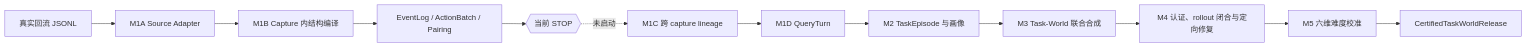
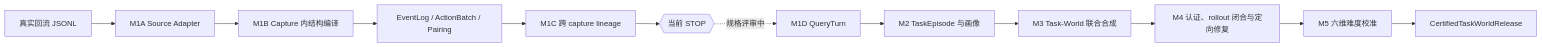
The diagram in docs/session-handoff.md (botwu/Reconstruction), drawn with Mermaid before and after one commit. The commit also changed other lines of this file and 3 other files, not shown here.

````diff
--- a/docs/session-handoff.md
+++ b/docs/session-handoff.md
@@ -35,14 +37,14 @@
 ```mermaid
 flowchart LR
     A[真实回流 JSONL] --> B[M1A Source Adapter]
     B --> C[M1B Capture 内结构编译]
     C --> C1[EventLog / ActionBatch / Pairing]
-    C1 --> S{{当前 STOP}}
-    S -. 未启动 .-> D[M1C 跨 capture lineage]
-    D --> E[M1D QueryTurn]
+    C1 --> D[M1C 跨 capture lineage]
+    D --> S{{当前 STOP}}
+    S -. 规格评审中 .-> E[M1D QueryTurn]
     E --> F[M2 TaskEpisode 与画像]
     F --> G[M3 Task-World 联合合成]
     G --> H[M4 认证、rollout 闭合与定向修复]
     H --> I[M5 六维难度校准]
     I --> J[CertifiedTaskWorldRelease]
 ```
````
